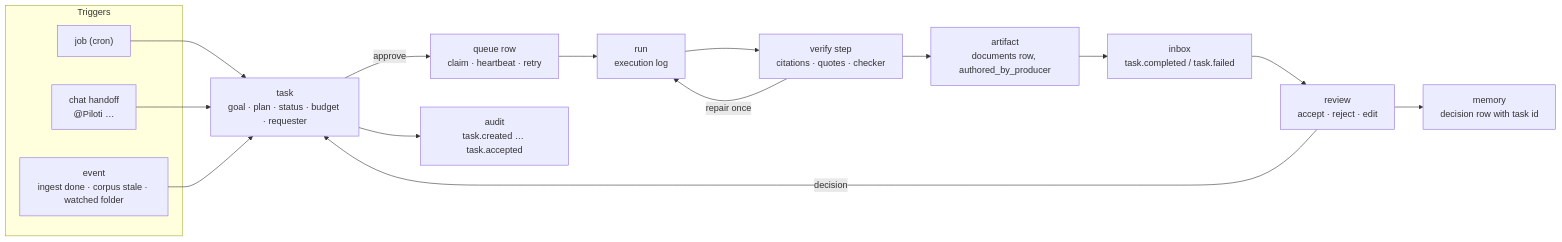
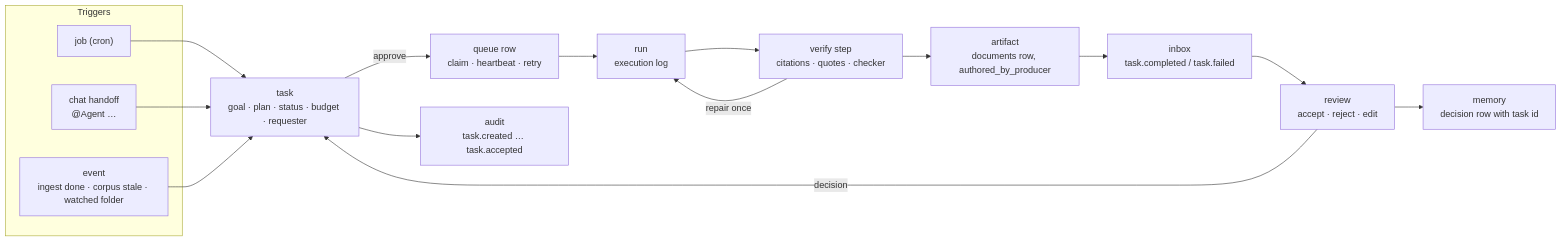
One commit to archos-at/archos changed the second of 2 diagrams in docs/roadmap/agentic-workspace-architecture.md. Above: the diagram before and after it, drawn with Mermaid. The commit also changed other lines of this file and 864 other files, not shown here.

````diff
--- a/docs/roadmap/agentic-workspace-architecture.md
+++ b/docs/roadmap/agentic-workspace-architecture.md
@@ -341,22 +341,22 @@
 ```mermaid
 flowchart LR
     subgraph Triggers
         J["job (cron)"]
-        H["chat handoff<br/>@Piloti …"]
+        H["chat handoff<br/>@Agent …"]
         E["event<br/>ingest done · corpus stale · watched folder"]
     end
     T["task<br/>goal · plan · status · budget · requester"]
     J --> T
     H --> T
     E --> T
     T -->|approve| Q["queue row<br/>claim · heartbeat · retry"]
     Q --> R["run<br/>execution log"]
     R --> V["verify step<br/>citations · quotes · checker"]
     V -->|repair once| R
     V --> A["artifact<br/>documents row, authored_by_producer"]
     A --> I["inbox<br/>task.completed / task.failed"]
     I --> Rv["review<br/>accept · reject · edit"]
     Rv -->|decision| T
     Rv --> M["memory<br/>decision row with task id"]
     T --> Au["audit<br/>task.created … task.accepted"]
 ```
````
